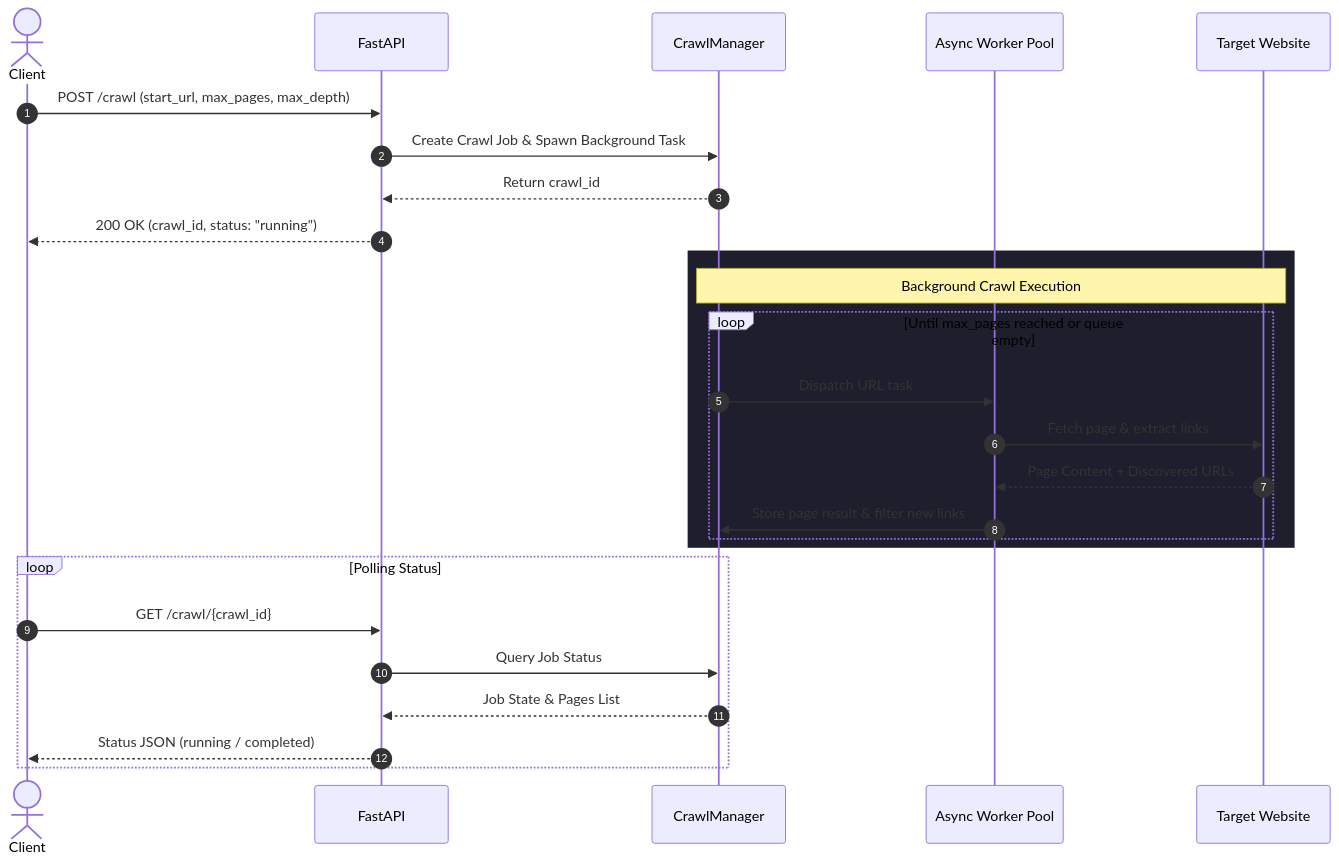
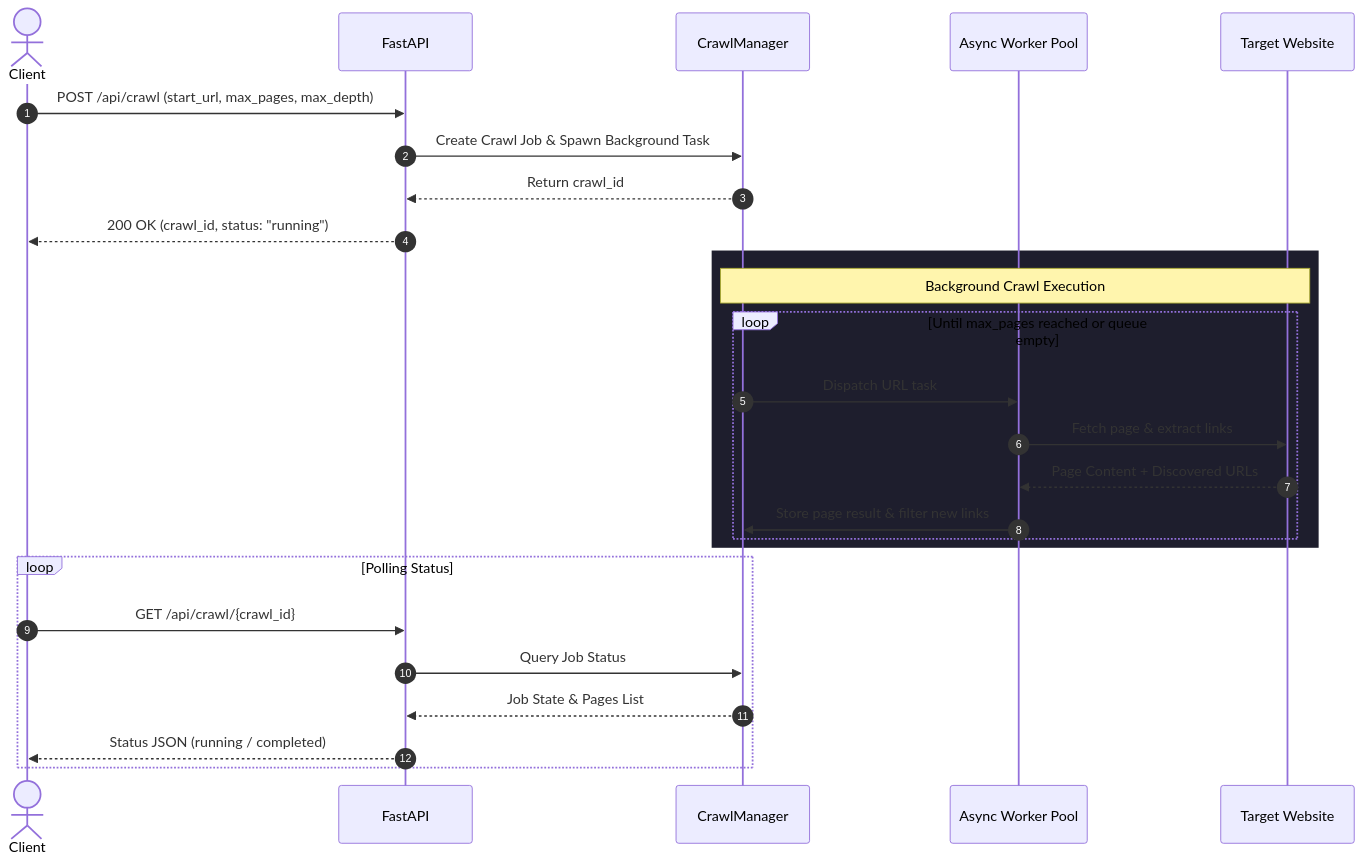
The diagram in docs/API.md (Tejas3479/crawlix), drawn with Mermaid before and after one commit. The commit also changed other lines of this file and 1 other file, not shown here.

Commit message:
docs: align routes in API.md and README with actual implementation

````diff
--- a/docs/API.md
+++ b/docs/API.md
@@ -202,31 +202,31 @@
 ```mermaid
 sequenceDiagram
     autonumber
     actor Client
     participant API as FastAPI
     participant CM as CrawlManager
     participant Worker as Async Worker Pool
     participant Web as Target Website
 
-    Client->>API: POST /crawl (start_url, max_pages, max_depth)
+    Client->>API: POST /api/crawl (start_url, max_pages, max_depth)
     API->>CM: Create Crawl Job & Spawn Background Task
     CM-->>API: Return crawl_id
     API-->>Client: 200 OK (crawl_id, status: "running")
     
     rect rgb(30, 30, 45)
         note over CM, Web: Background Crawl Execution
         loop Until max_pages reached or queue empty
             CM->>Worker: Dispatch URL task
             Worker->>Web: Fetch page & extract links
             Web-->>Worker: Page Content + Discovered URLs
             Worker->>CM: Store page result & filter new links
         end
     end
 
     loop Polling Status
-        Client->>API: GET /crawl/{crawl_id}
+        Client->>API: GET /api/crawl/{crawl_id}
         API->>CM: Query Job Status
         CM-->>API: Job State & Pages List
         API-->>Client: Status JSON (running / completed)
     end
 ```
````
